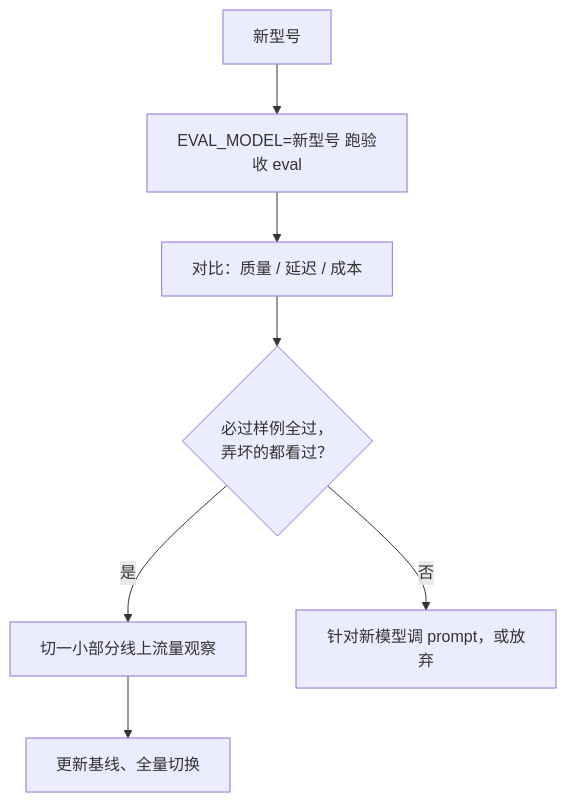
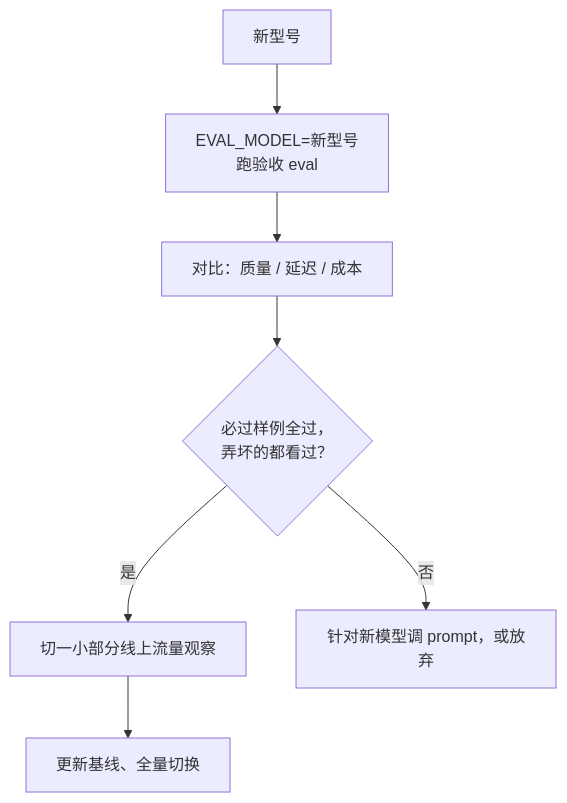
The diagram in books/llm-evals/05-regression.md (jarvis-pro/hatch-shelf), drawn with Mermaid before and after one commit. The commit also changed 432 other files, not shown here.

````diff
--- a/books/llm-evals/05-regression.md
+++ b/books/llm-evals/05-regression.md
@@ -287,9 +287,9 @@
 ```mermaid
 flowchart TD
-  A[新型号] --> B["EVAL_MODEL=新型号 跑验收 eval"]
+  A[新型号] --> B["EVAL_MODEL=新型号<br/>跑验收 eval"]
   B --> C[对比：质量 / 延迟 / 成本]
   C --> D{必过样例全过，<br/>弄坏的都看过？}
   D -->|是| E[切一小部分线上流量观察]
   D -->|否| F[针对新模型调 prompt，或放弃]
   E --> G[更新基线、全量切换]
 ```
````
